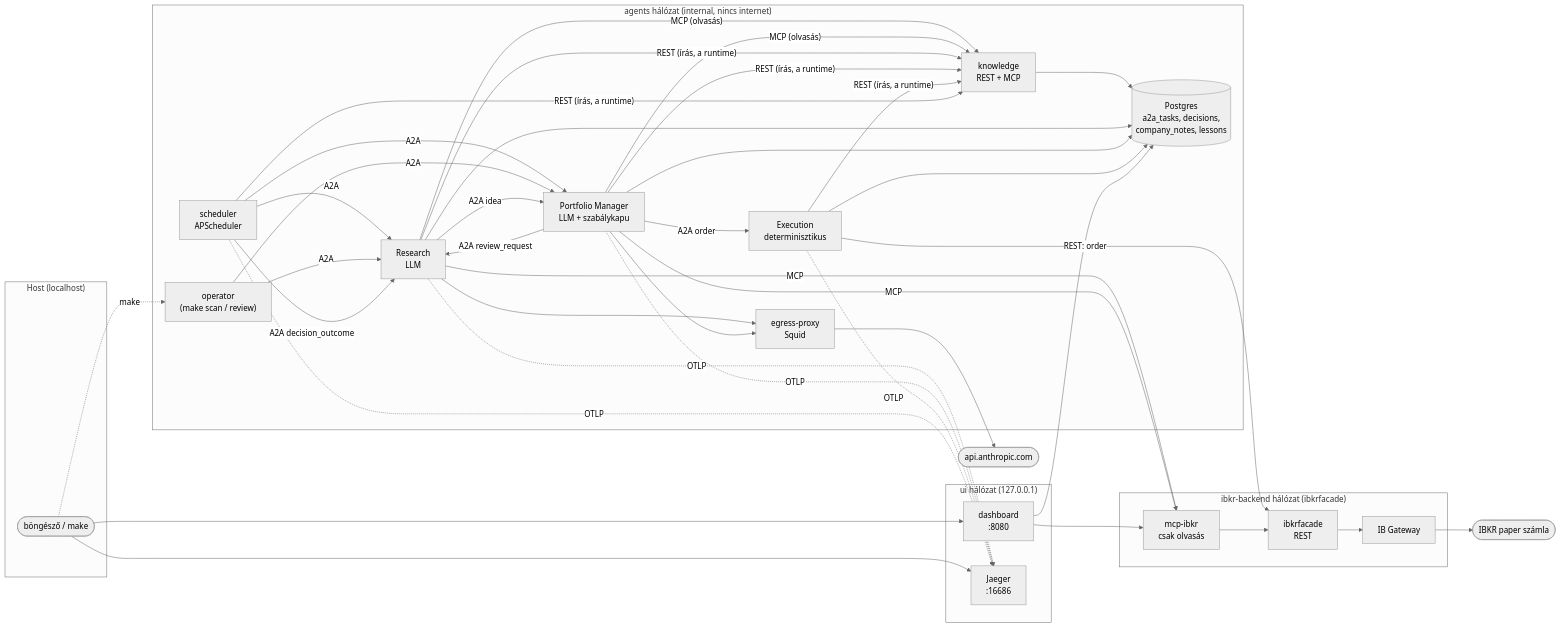
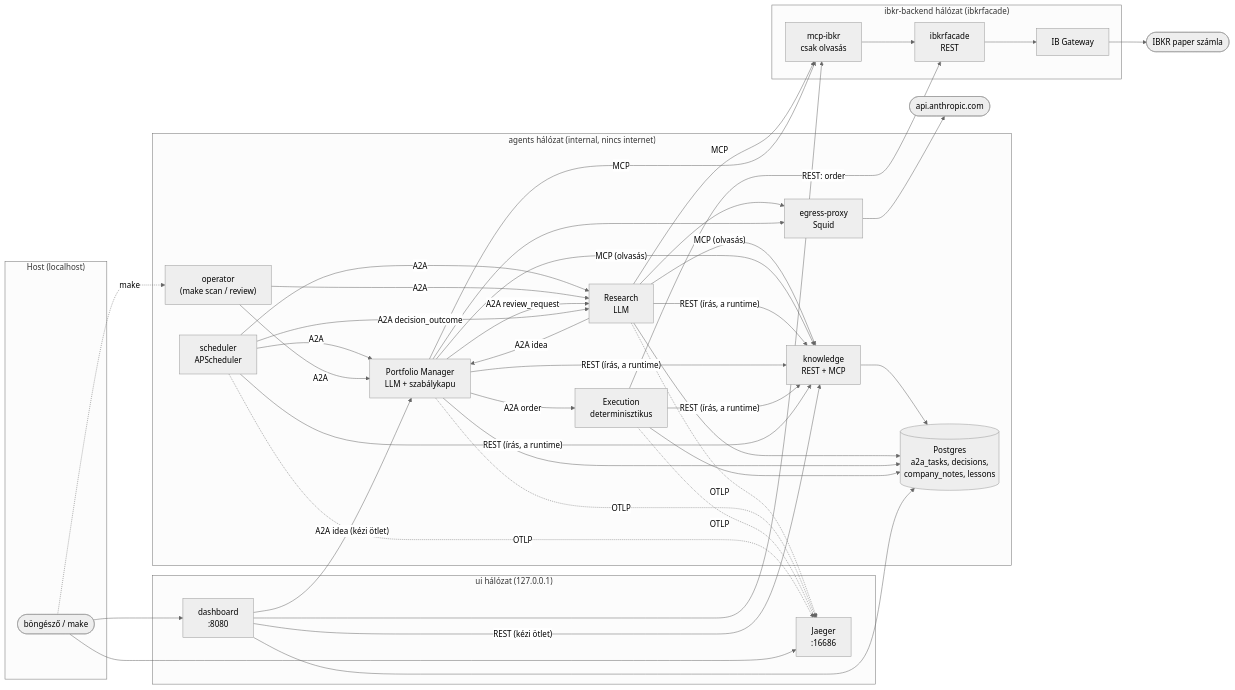
Before and after one commit to medovarszki/auxin-agentic-investment-organization: the first of 5 diagrams in README.md, drawn with Mermaid (neutral theme). The commit also changed other lines of this file and 9 other files, not shown here.

````diff
--- a/README.md
+++ b/README.md
@@ -32,51 +32,53 @@
 ```mermaid
 flowchart LR
     subgraph host["Host (localhost)"]
         user(["böngésző / make"])
     end
 
     subgraph ui["ui hálózat (127.0.0.1)"]
         dashboard["dashboard<br/>:8080"]
         jaeger["Jaeger<br/>:16686"]
     end
 
     subgraph agents["agents hálózat (internal, nincs internet)"]
         scheduler["scheduler<br/>APScheduler"]
         operator["operator<br/>(make scan / review)"]
         research["Research<br/>LLM"]
         pm["Portfolio Manager<br/>LLM + szabálykapu"]
         exec["Execution<br/>determinisztikus"]
         knowledge["knowledge<br/>REST + MCP"]
         postgres[("Postgres<br/>a2a_tasks, decisions,<br/>company_notes, lessons")]
         proxy["egress-proxy<br/>Squid"]
     end
 
     subgraph ibkr["ibkr-backend hálózat (ibkrfacade)"]
         mcp["mcp-ibkr<br/>csak olvasás"]
         facade["ibkrfacade<br/>REST"]
         gateway["IB Gateway"]
     end
 
     anthropic(["api.anthropic.com"])
     ib(["IBKR paper számla"])
 
     user --> dashboard & jaeger
+    dashboard -- "A2A idea (kézi ötlet)" --> pm
+    dashboard -- "REST (kézi ötlet)" --> knowledge
     user -. make .-> operator
     scheduler -- A2A --> research & pm
     operator -- A2A --> research & pm
     research -- "A2A idea" --> pm
     pm -- "A2A review_request" --> research
     pm -- "A2A order" --> exec
     scheduler -- "A2A decision_outcome" --> research
     research & pm --> proxy --> anthropic
     research & pm -- MCP --> mcp
     research & pm -- "MCP (olvasás)" --> knowledge
     research & pm & exec & scheduler -- "REST (írás, a runtime)" --> knowledge
     knowledge --> postgres
     research & pm & exec --> postgres
     exec -- "REST: order" --> facade
     mcp --> facade --> gateway --> ib
     dashboard --> postgres
     dashboard --> mcp
     research & pm & exec & scheduler -. OTLP .-> jaeger
 ```
````
